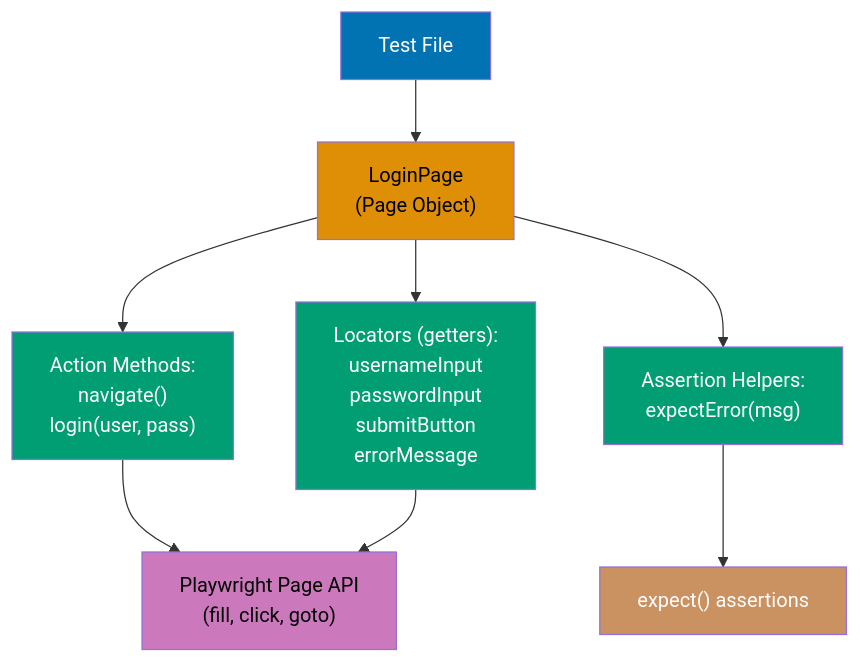
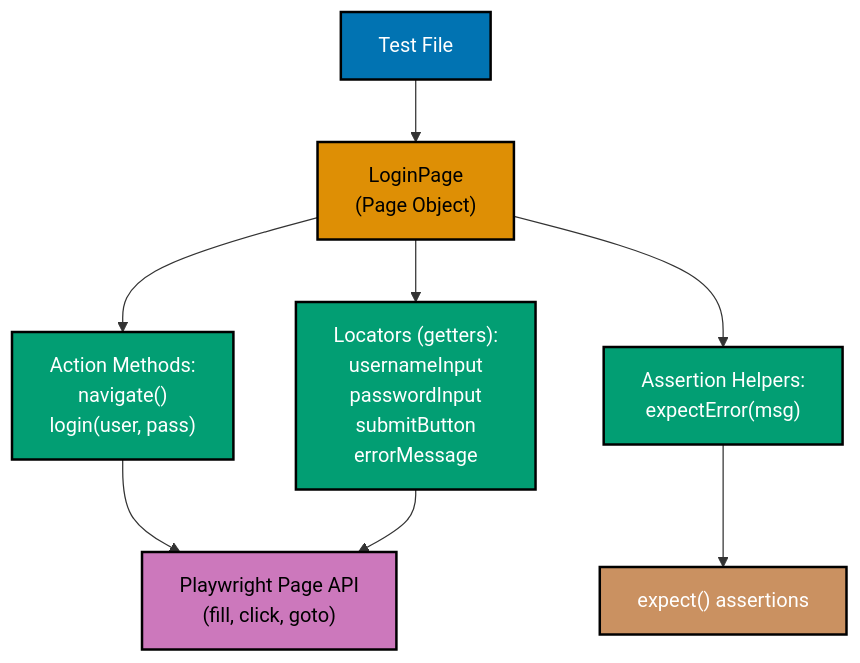
One commit to wahidyankf/open-sharia-enterprise changed diagram 11 of 15 in apps/ayokoding-web/content/en/learn/software-engineering/automation-testing/tools/playwright/by-example/intermediate.md. Above: the diagram before and after it, drawn with Mermaid. The commit also changed other lines of this file and 25 other files, not shown here.

````diff
--- a/apps/ayokoding-web/content/en/learn/software-engineering/automation-testing/tools/playwright/by-example/intermediate.md
+++ b/apps/ayokoding-web/content/en/learn/software-engineering/automation-testing/tools/playwright/by-example/intermediate.md
@@ -1620,19 +1620,19 @@
 ```mermaid
 %% Color Palette: Blue #0173B2, Orange #DE8F05, Teal #029E73, Purple #CC78BC, Brown #CA9161
 graph TD
     Test["Test File"] --> PO["LoginPage<br/>(Page Object)"]
     PO --> Locators["Locators (getters):<br/>usernameInput<br/>passwordInput<br/>submitButton<br/>errorMessage"]
     PO --> Actions["Action Methods:<br/>navigate()<br/>login(user, pass)"]
     PO --> Assertions["Assertion Helpers:<br/>expectError(msg)"]
     Actions --> Page["Playwright Page API<br/>(fill, click, goto)"]
     Locators --> Page
     Assertions --> Expect["expect() assertions"]
 
-    style Test fill:#0173B2,color:#fff
-    style PO fill:#DE8F05,color:#000
-    style Locators fill:#029E73,color:#fff
-    style Actions fill:#029E73,color:#fff
-    style Assertions fill:#029E73,color:#fff
-    style Page fill:#CC78BC,color:#000
-    style Expect fill:#CA9161,color:#fff
+    style Test fill:#0173B2,stroke:#000000,stroke-width:2px,color:#fff
+    style PO fill:#DE8F05,stroke:#000000,stroke-width:2px,color:#000
+    style Locators fill:#029E73,stroke:#000000,stroke-width:2px,color:#fff
+    style Actions fill:#029E73,stroke:#000000,stroke-width:2px,color:#fff
+    style Assertions fill:#029E73,stroke:#000000,stroke-width:2px,color:#fff
+    style Page fill:#CC78BC,stroke:#000000,stroke-width:2px,color:#000
+    style Expect fill:#CA9161,stroke:#000000,stroke-width:2px,color:#fff
 ```
````
